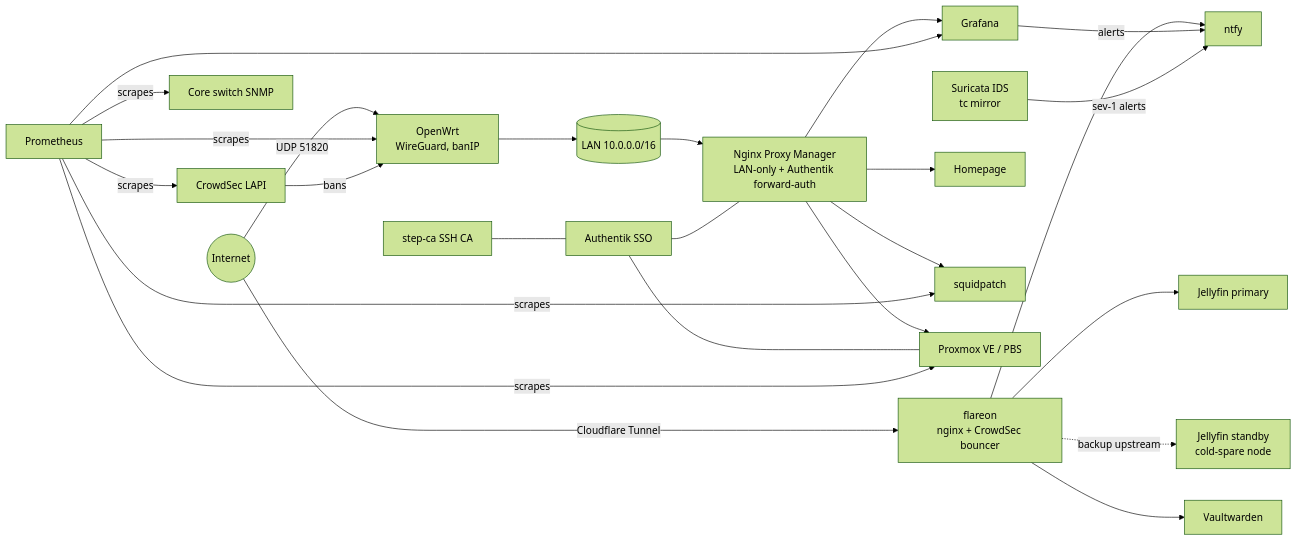
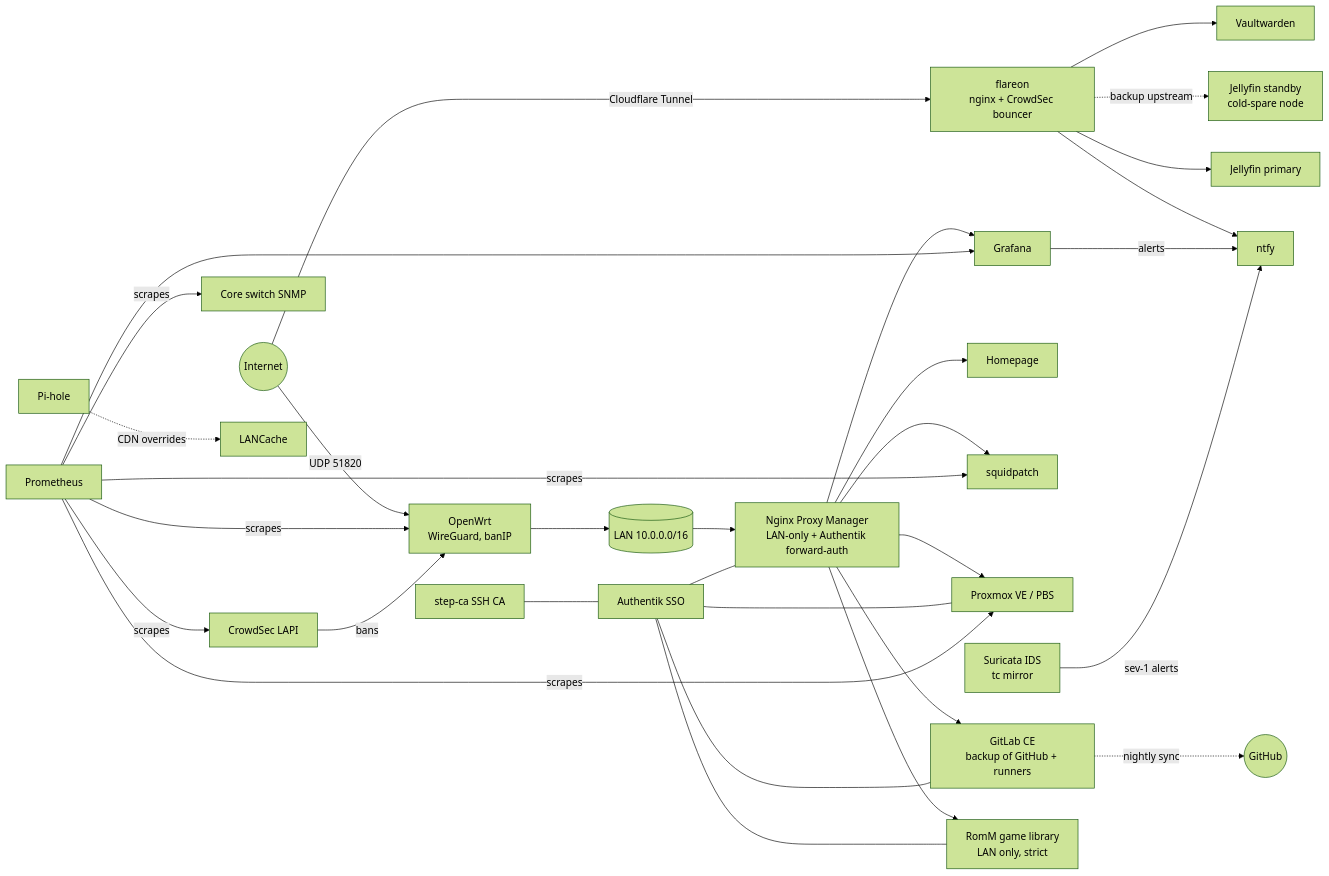
The diagram in docs/architecture.md (Arawn-Davies/squidnet-homelab), drawn with Mermaid (forest theme) before and after one commit. The commit also changed other lines of this file and 4 other files, not shown here.

Commit message:
docs: network (addressing, DNS, access tiers, firewall layers, VPN, IDS) and services (dependency map, request flows, service table, failure impact)

````diff
--- a/docs/architecture.md
+++ b/docs/architecture.md
@@ -3,20 +3,24 @@
 ```mermaid
 flowchart LR
   internet((Internet)) -->|Cloudflare Tunnel| flareon[flareon<br/>nginx + CrowdSec bouncer]
   internet -->|UDP 51820| router[OpenWrt<br/>WireGuard, banIP]
   flareon --> jelly[Jellyfin primary]
   flareon -.backup upstream.-> spare[Jellyfin standby<br/>cold-spare node]
   flareon --> vault[Vaultwarden]
   flareon --> ntfy[ntfy]
   router --> lan[(LAN 10.0.0.0/16)]
   lan --> npm[Nginx Proxy Manager<br/>LAN-only + Authentik forward-auth]
   npm --> grafana[Grafana] & homepage[Homepage] & patch[squidpatch] & pve[Proxmox VE / PBS]
   authentik[Authentik SSO] --- npm
   authentik --- pve
   prom[Prometheus] --> grafana
   prom -->|scrapes| pve & router & switch[Core switch SNMP] & crowdsec[CrowdSec LAPI] & patch
   grafana -->|alerts| ntfy
   suricata[Suricata IDS<br/>tc mirror] -->|sev-1 alerts| ntfy
   crowdsec -->|bans| router
   stepca[step-ca SSH CA] --- authentik
+  npm --> gitlab[GitLab CE<br/>backup of GitHub + runners] & romm[RomM game library<br/>LAN only, strict]
+  authentik --- gitlab & romm
+  gitlab -.nightly sync.-> github((GitHub))
+  pihole[Pi-hole] -.CDN overrides.-> lancache[LANCache]
 ```
````
